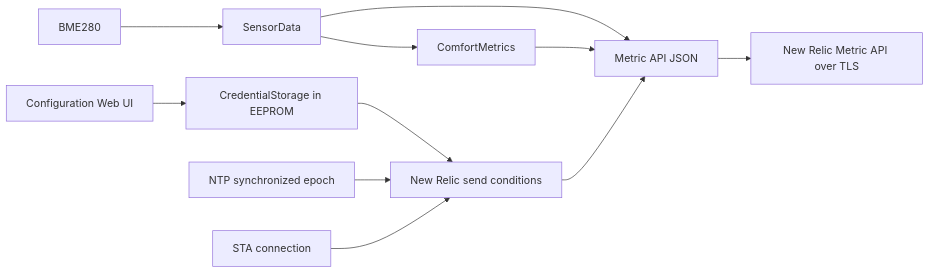
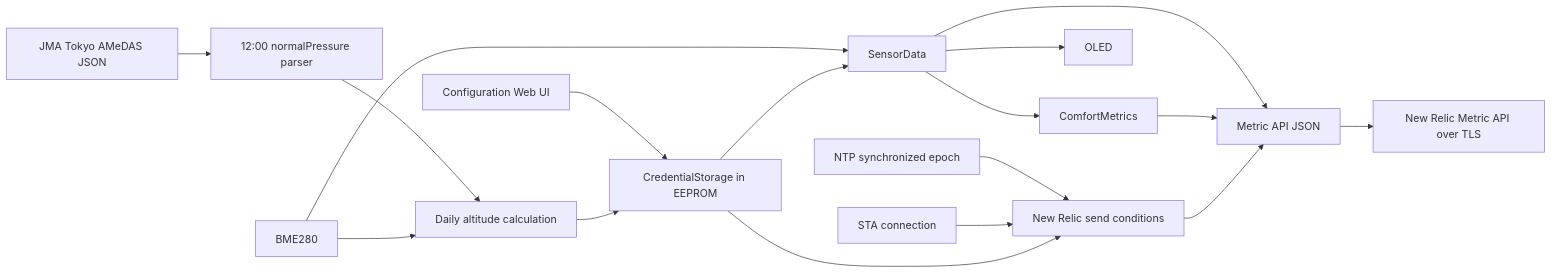
The diagram in docs/DESIGN.md (tkumata/climate-monitor), drawn with Mermaid before and after one commit. The commit also changed other lines of this file and 9 other files, not shown here.

````diff
--- a/docs/DESIGN.md
+++ b/docs/DESIGN.md
@@ -5,13 +5,19 @@
 ```mermaid
 flowchart LR
   WEB["Configuration Web UI"] --> STORE["CredentialStorage in EEPROM"]
-  STORE --> GATE["New Relic send conditions"]
+  JMA["JMA Tokyo AMeDAS JSON"] --> PARSER["12:00 normalPressure parser"]
+  PARSER --> CALC["Daily altitude calculation"]
+  BME --> CALC
+  CALC --> STORE
   BME["BME280"] --> DATA["SensorData"]
+  STORE --> DATA
   DATA --> METRICS["ComfortMetrics"]
+  DATA --> OLED["OLED"]
   DATA --> PAYLOAD["Metric API JSON"]
   METRICS --> PAYLOAD
-  NTP["NTP synchronized epoch"] --> GATE
+  NTP["NTP synchronized epoch"] --> GATE["New Relic send conditions"]
   WIFI["STA connection"] --> GATE
+  STORE --> GATE
   GATE --> PAYLOAD
   PAYLOAD --> NR["New Relic Metric API over TLS"]
 ```
````
